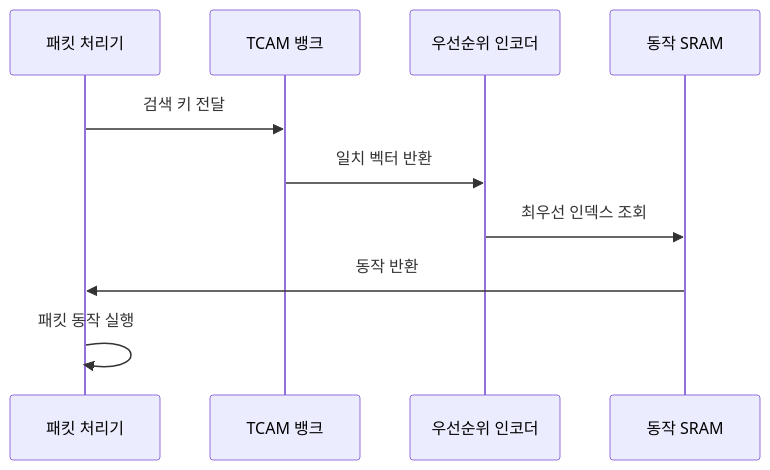
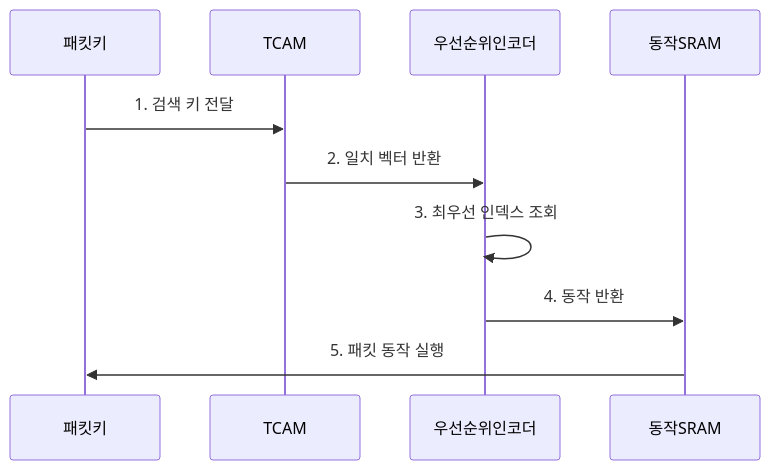
The second of 2 diagrams in src/content/docs/notes/04-network/075_tcam.md (agnusdei1207/knowledge-base), drawn with Mermaid before and after one commit. The commit also changed other lines of this file and 20 other files, not shown here.

````diff
--- a/src/content/docs/notes/04-network/075_tcam.md
+++ b/src/content/docs/notes/04-network/075_tcam.md
@@ -91,12 +86,12 @@
 ```mermaid
 sequenceDiagram
-    participant P as 패킷 처리기
-    participant T as TCAM 뱅크
-    participant E as 우선순위 인코더
-    participant S as 동작 SRAM
-    P->>T: 검색 키 전달
-    T->>E: 일치 벡터 반환
-    E->>S: 최우선 인덱스 조회
-    S->>P: 동작 반환
-    P->>P: 패킷 동작 실행
+    participant 패킷키
+    participant TCAM
+    participant 우선순위인코더
+    participant 동작SRAM
+    패킷키->>TCAM: 1. 검색 키 전달
+    TCAM->>우선순위인코더: 2. 일치 벡터 반환
+    우선순위인코더->>우선순위인코더: 3. 최우선 인덱스 조회
+    우선순위인코더->>동작SRAM: 4. 동작 반환
+    동작SRAM->>패킷키: 5. 패킷 동작 실행
 ```
````
